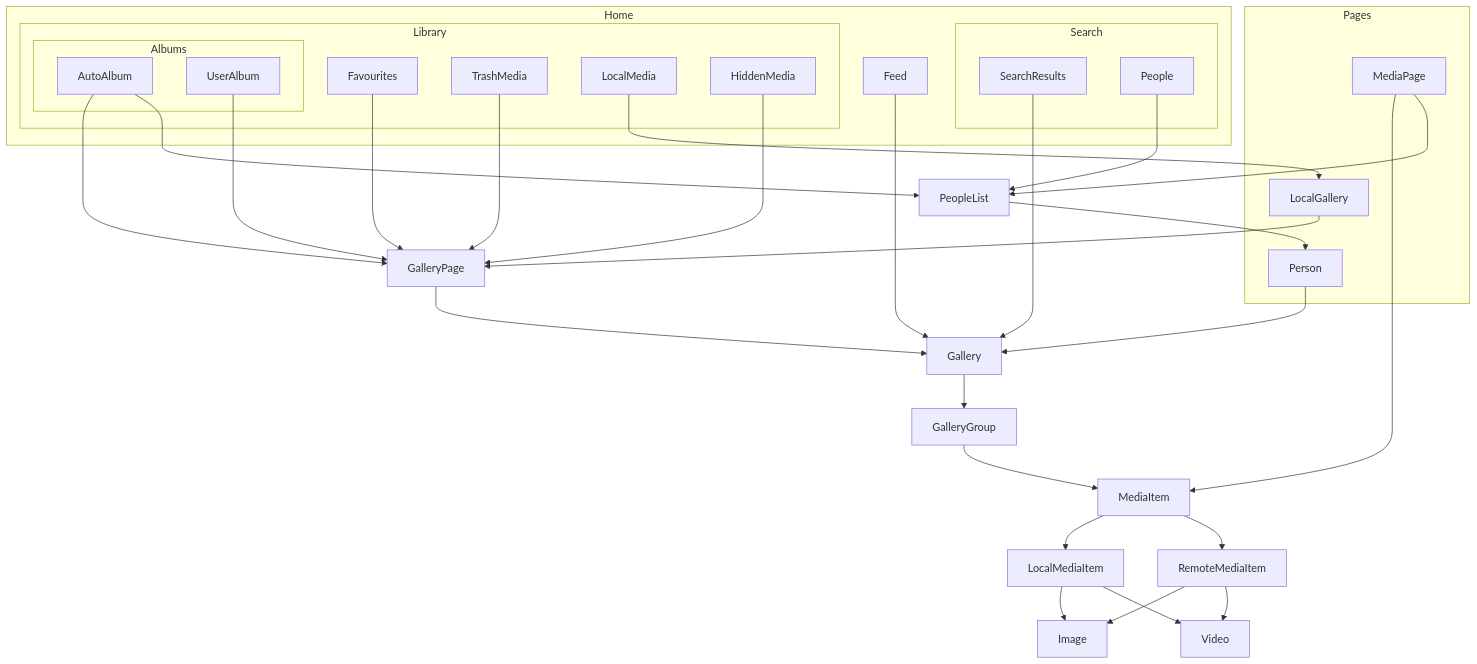
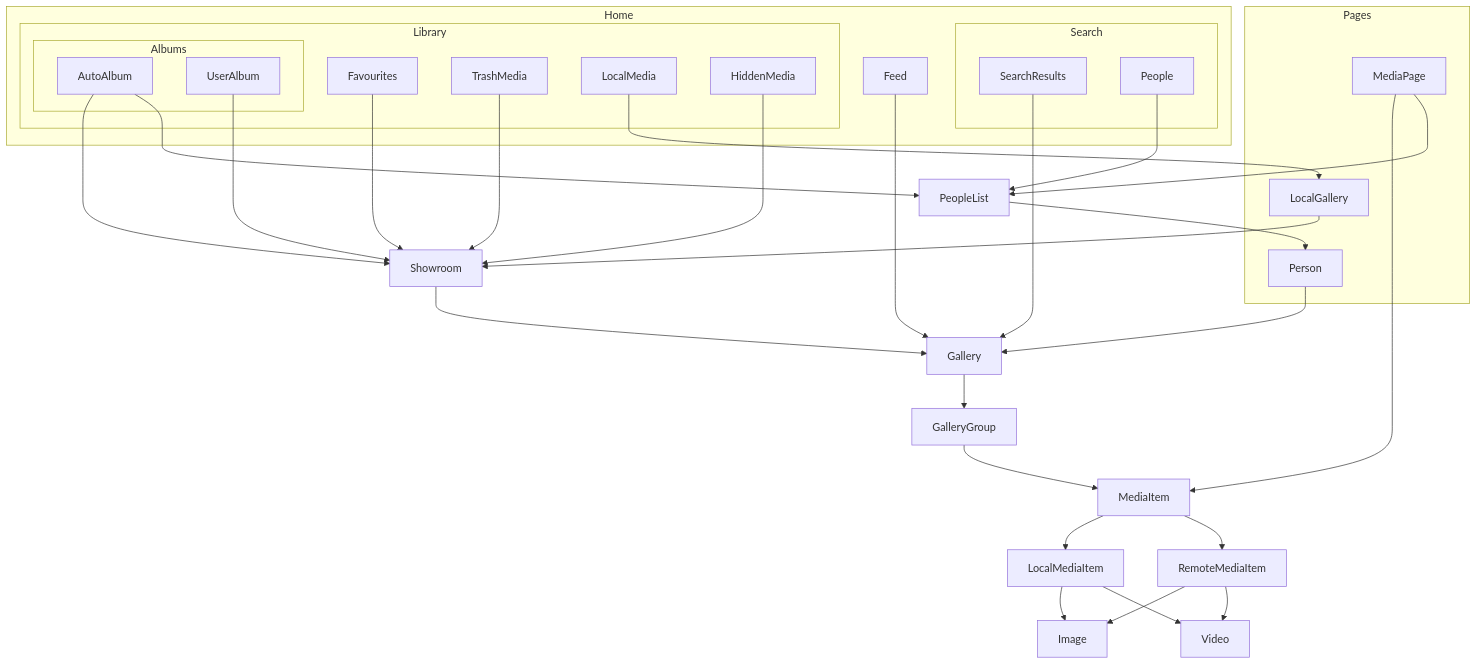
One commit to savvasdalkitsis/uhuruphotos-android changed the diagram in domain-model.md. Above: the diagram before and after it, drawn with Mermaid. The commit also changed 124 other files, not shown here.

Commit message:
Moving gallery and gallery page (now showroom) into feature

````diff
--- a/domain-model.md
+++ b/domain-model.md
@@ -5,58 +5,58 @@
 ```mermaid 
 graph TD;
 
-    GalleryPage-->Gallery
+    Showroom-->Gallery
     Gallery-->GalleryGroup
     GalleryGroup-->MediaItem
     MediaPage-->MediaItem
     MediaItem-->LocalMediaItem
     MediaItem-->RemoteMediaItem
     LocalMediaItem-->Image
     LocalMediaItem-->Video
     RemoteMediaItem-->Image
     RemoteMediaItem-->Video
-    AutoAlbum-->GalleryPage
-    UserAlbum-->GalleryPage
-    Favourites-->GalleryPage
-    TrashMedia-->GalleryPage
+    AutoAlbum-->Showroom
+    UserAlbum-->Showroom
+    Favourites-->Showroom
+    TrashMedia-->Showroom
     LocalMedia-->LocalGallery
-    LocalGallery-->GalleryPage
-    HiddenMedia-->GalleryPage
+    LocalGallery-->Showroom
+    HiddenMedia-->Showroom
     Person-->Gallery
     SearchResults-->Gallery
     Feed-->Gallery
     People-->PeopleList
     PeopleList-->Person
     MediaPage-->PeopleList
     AutoAlbum-->PeopleList
 
     subgraph Pages
         Person
         LocalGallery
         MediaPage
     end
 
     subgraph Search
         SearchResults
         People
     end
 
     subgraph Albums
         AutoAlbum
         UserAlbum
     end
 
     subgraph Library
         TrashMedia
         HiddenMedia
         Albums
         Favourites
         LocalMedia
     end
 
     subgraph Home
         Feed
         Search
         Library
     end
 ```
````
